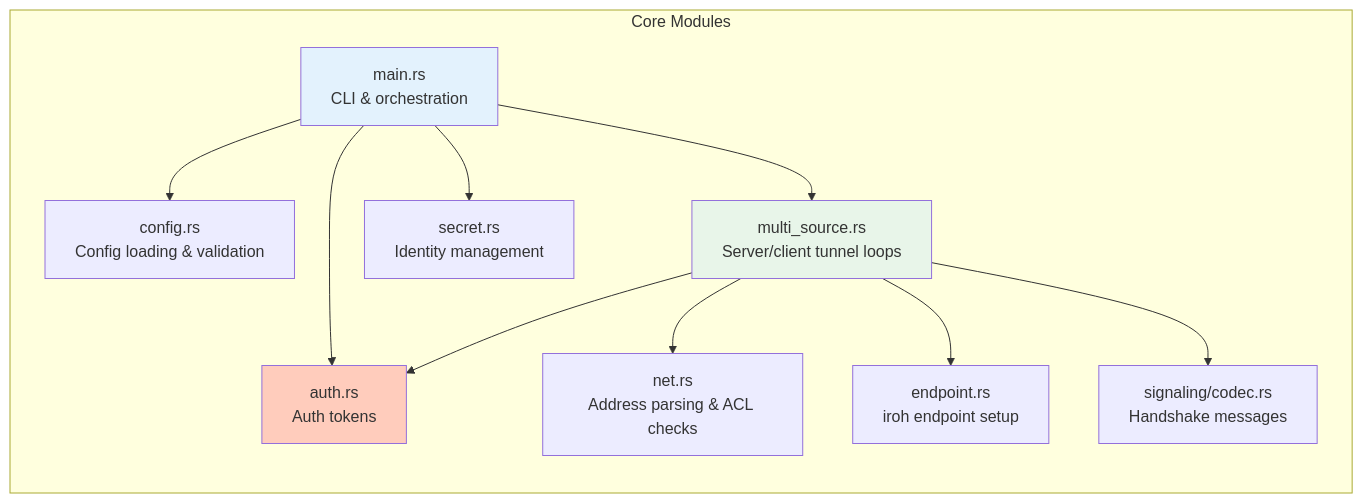
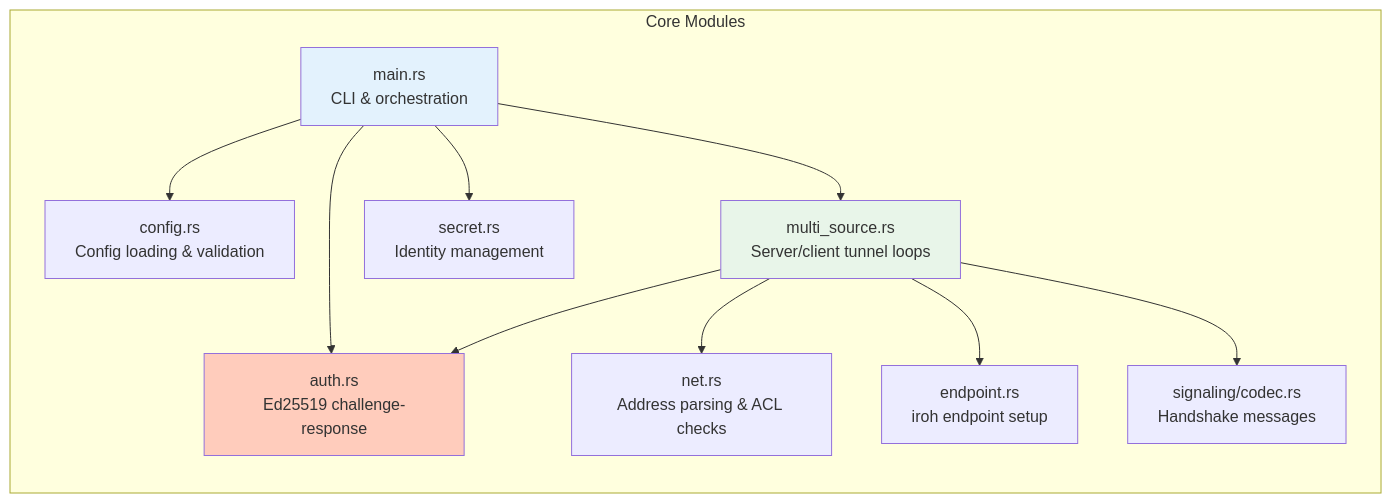
Before and after one commit to andrewtheguy/tunnel-rs: the second of 22 diagrams in docs/ARCHITECTURE.md, drawn with Mermaid. The commit also changed other lines of this file and 26 other files, not shown here.

````diff
--- a/docs/ARCHITECTURE.md
+++ b/docs/ARCHITECTURE.md
@@ -53,26 +53,26 @@
 ```mermaid
 graph LR
     subgraph "Core Modules"
         A[main.rs<br/>CLI & orchestration]
         B[config.rs<br/>Config loading & validation]
         C[multi_source.rs<br/>Server/client tunnel loops]
         C2[net.rs<br/>Address parsing & ACL checks]
         D[endpoint.rs<br/>iroh endpoint setup]
         E[secret.rs<br/>Identity management]
-        E2[auth.rs<br/>Auth tokens]
+        E2[auth.rs<br/>Ed25519 challenge-response]
         F[signaling/codec.rs<br/>Handshake messages]
     end
 
     A --> B
     A --> C
     A --> E
     A --> E2
     C --> C2
     C --> D
     C --> E2
     C --> F
 
     style A fill:#E3F2FD
     style C fill:#E8F5E9
     style E2 fill:#FFCCBC
 ```
````
